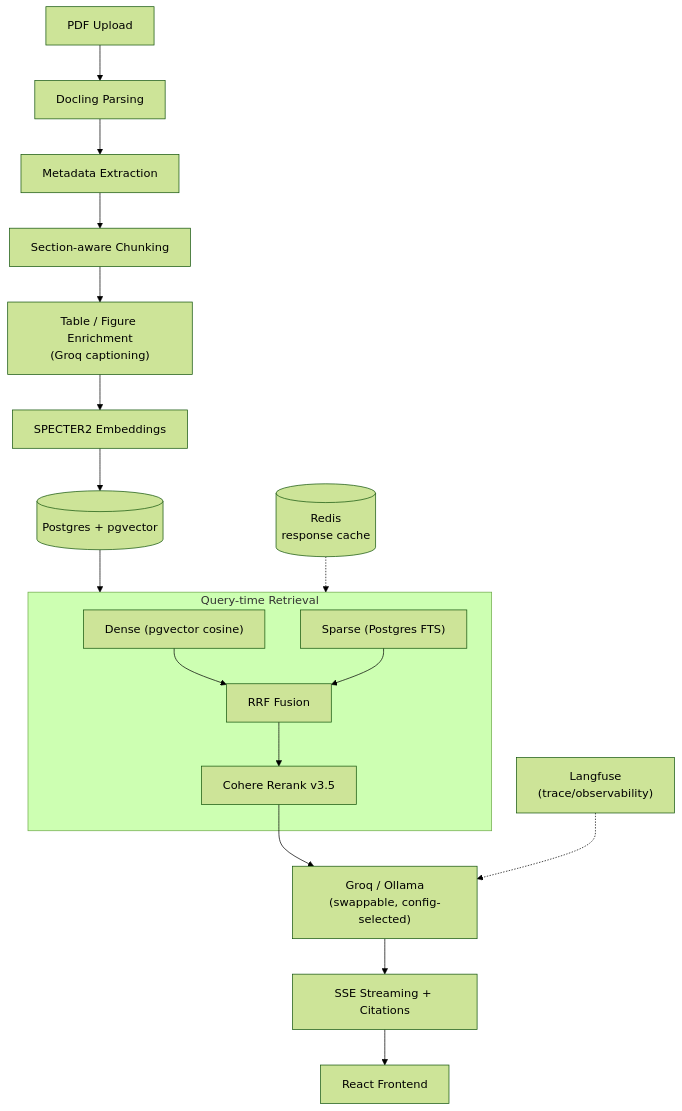
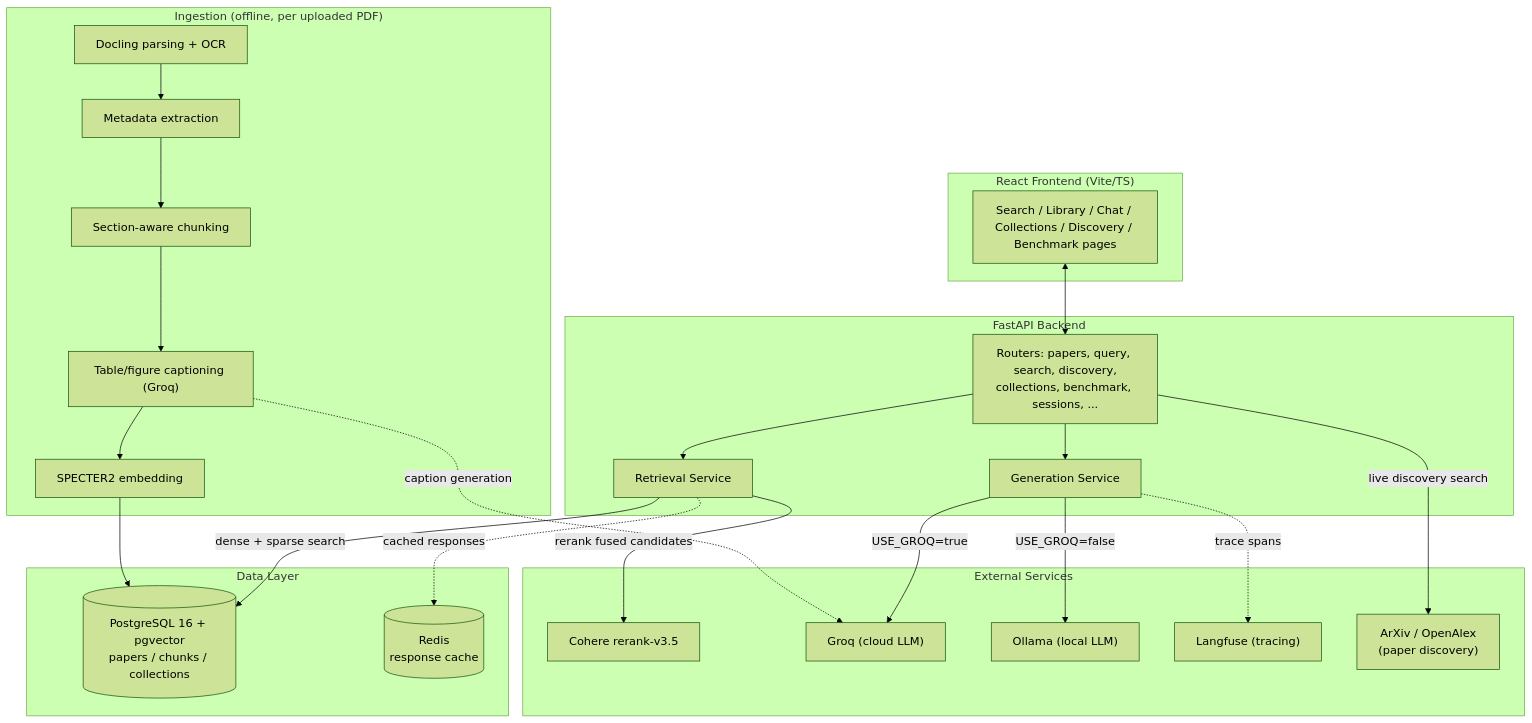
The diagram in README.md (Rupinder51120/Anthology), drawn with Mermaid (forest theme) before and after one commit. The commit also changed other lines of this file, not shown here.

Commit message:
docs: rewrite README with verified architecture and benchmarks

````diff
--- a/README.md
+++ b/README.md
@@ -30,27 +69,47 @@
 ```mermaid
 flowchart TD
-    PDF["PDF Upload"] --> DOCLING["Docling Parsing"]
-    DOCLING --> META["Metadata Extraction"]
-    META --> CHUNK["Section-aware Chunking"]
-    CHUNK --> ENRICH["Table / Figure Enrichment<br/>(Groq captioning)"]
-    ENRICH --> EMBED["SPECTER2 Embeddings"]
-    EMBED --> PG[("Postgres + pgvector")]
-
-    subgraph RETRIEVAL["Query-time Retrieval"]
-        DENSE["Dense (pgvector cosine)"]
-        SPARSE["Sparse (Postgres FTS)"]
-        RRF["RRF Fusion"]
-        RERANK["Cohere Rerank v3.5"]
-        DENSE --> RRF
-        SPARSE --> RRF
-        RRF --> RERANK
+    subgraph CLIENT["React Frontend (Vite/TS)"]
+        UI["Search / Library / Chat / Collections / Discovery / Benchmark pages"]
     end
 
-    PG --> RETRIEVAL
-    RERANK --> GEN["Groq / Ollama<br/>(swappable, config-selected)"]
-    GEN --> STREAM["SSE Streaming + Citations"]
-    STREAM --> UI["React Frontend"]
+    subgraph API["FastAPI Backend"]
+        ROUTERS["Routers: papers, query, search, discovery,\ncollections, benchmark, sessions, ..."]
+        RETRIEVE["Retrieval Service"]
+        GEN["Generation Service"]
+    end
 
-    REDIS[("Redis<br/>response cache")] -.-> RETRIEVAL
-    LANGFUSE["Langfuse<br/>(trace/observability)"] -.-> GEN
+    subgraph DATA["Data Layer"]
+        PG[("PostgreSQL 16 + pgvector\npapers / chunks / collections")]
+        REDIS[("Redis\nresponse cache")]
+    end
+
+    subgraph EXTERNAL["External Services"]
+        COHERE["Cohere rerank-v3.5"]
+        GROQ["Groq (cloud LLM)"]
+        OLLAMA["Ollama (local LLM)"]
+        LANGFUSE["Langfuse (tracing)"]
+        ARXIV["ArXiv / OpenAlex\n(paper discovery)"]
+    end
+
+    subgraph INGEST["Ingestion (offline, per uploaded PDF)"]
+        PARSE["Docling parsing + OCR"]
+        META["Metadata extraction"]
+        CHUNK["Section-aware chunking"]
+        ENRICH["Table/figure captioning (Groq)"]
+        EMBED["SPECTER2 embedding"]
+    end
+
+    UI <--> ROUTERS
+    ROUTERS --> RETRIEVE
+    ROUTERS --> GEN
+    RETRIEVE -->|dense + sparse search| PG
+    RETRIEVE -->|rerank fused candidates| COHERE
+    RETRIEVE -.->|cached responses| REDIS
+    GEN -->|USE_GROQ=true| GROQ
+    GEN -->|USE_GROQ=false| OLLAMA
+    GEN -.->|trace spans| LANGFUSE
+    ROUTERS -->|live discovery search| ARXIV
+
+    PARSE --> META --> CHUNK --> ENRICH --> EMBED --> PG
+    ENRICH -.->|caption generation| GROQ
 ```
````
